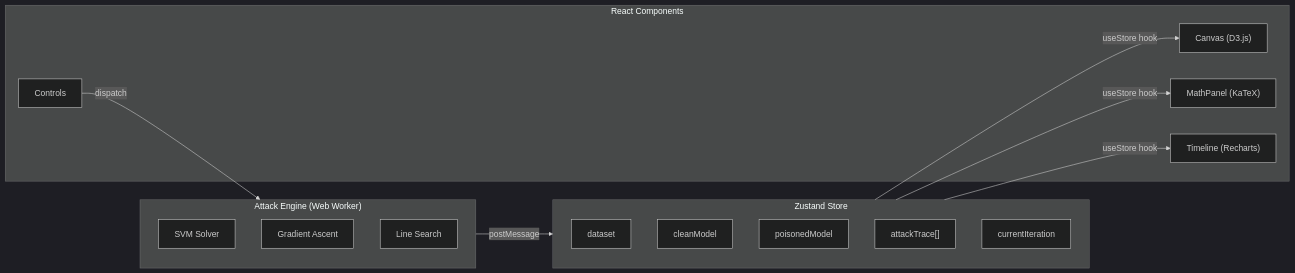
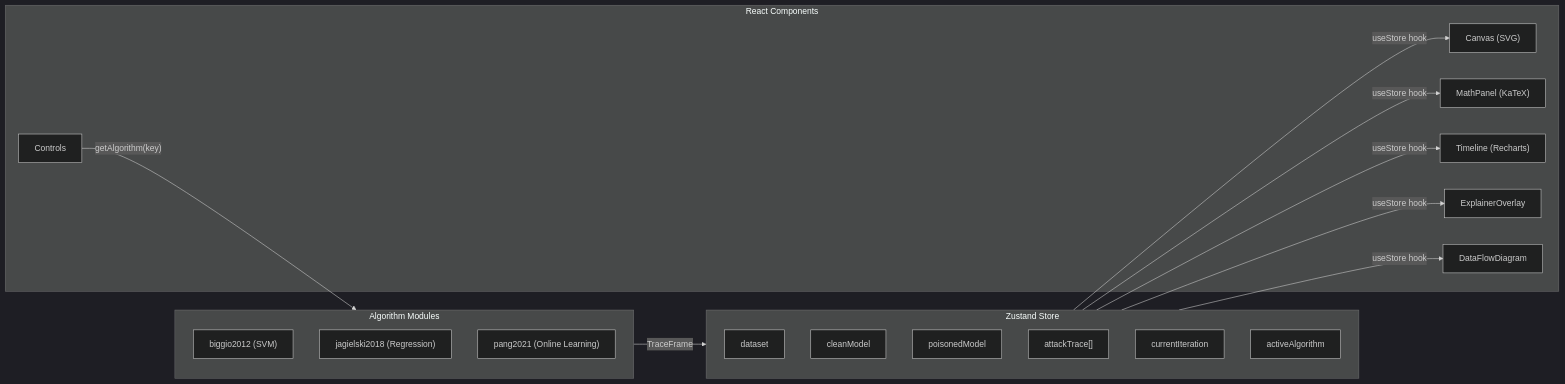
Before and after one commit to untrained0/ML-for-Security: the second of 2 diagrams in docs/architecture.md, drawn with Mermaid (dark theme). The commit also changed other lines of this file and 41 other files, not shown here.

````diff
--- a/docs/architecture.md
+++ b/docs/architecture.md
@@ -31,26 +31,31 @@
 ```mermaid
 graph LR
     subgraph Store["Zustand Store"]
         S1["dataset"]
         S2["cleanModel"]
         S3["poisonedModel"]
         S4["attackTrace[]"]
         S5["currentIteration"]
+        S6["activeAlgorithm"]
     end
-    subgraph Engine["Attack Engine (Web Worker)"]
-        W1["SVM Solver"]
-        W2["Gradient Ascent"]
-        W3["Line Search"]
+    subgraph Engine["Algorithm Modules"]
+        W1["biggio2012 (SVM)"]
+        W2["jagielski2018 (Regression)"]
+        W3["pang2021 (Online Learning)"]
     end
     subgraph UI["React Components"]
-        U1["Canvas (D3.js)"]
+        U1["Canvas (SVG)"]
         U2["MathPanel (KaTeX)"]
         U3["Timeline (Recharts)"]
         U4["Controls"]
+        U5["ExplainerOverlay"]
+        U6["DataFlowDiagram"]
     end
-    U4 -->|dispatch| Engine
-    Engine -->|postMessage| Store
+    U4 -->|"getAlgorithm(key)"| Engine
+    Engine -->|TraceFrame| Store
     Store -->|useStore hook| U1
     Store -->|useStore hook| U2
     Store -->|useStore hook| U3
+    Store -->|useStore hook| U5
+    Store -->|useStore hook| U6
 ```
````
